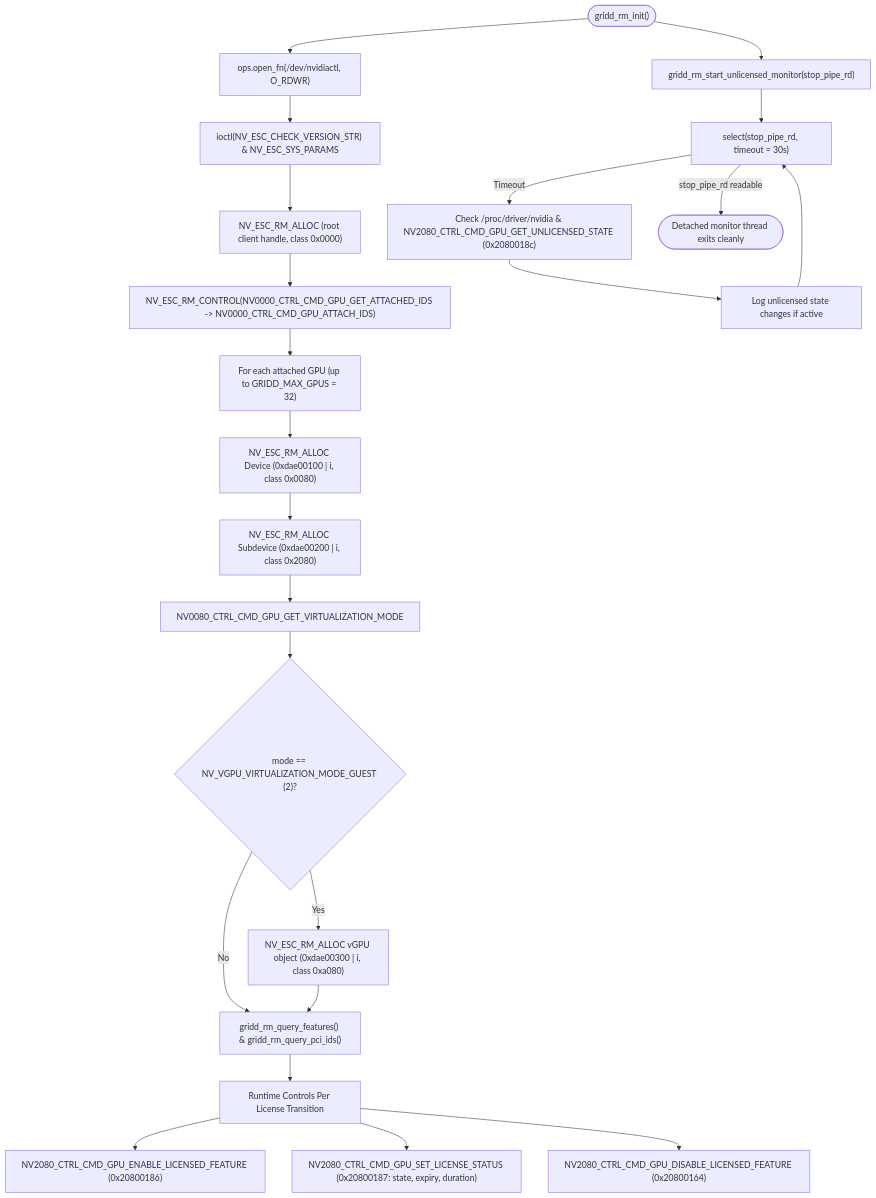
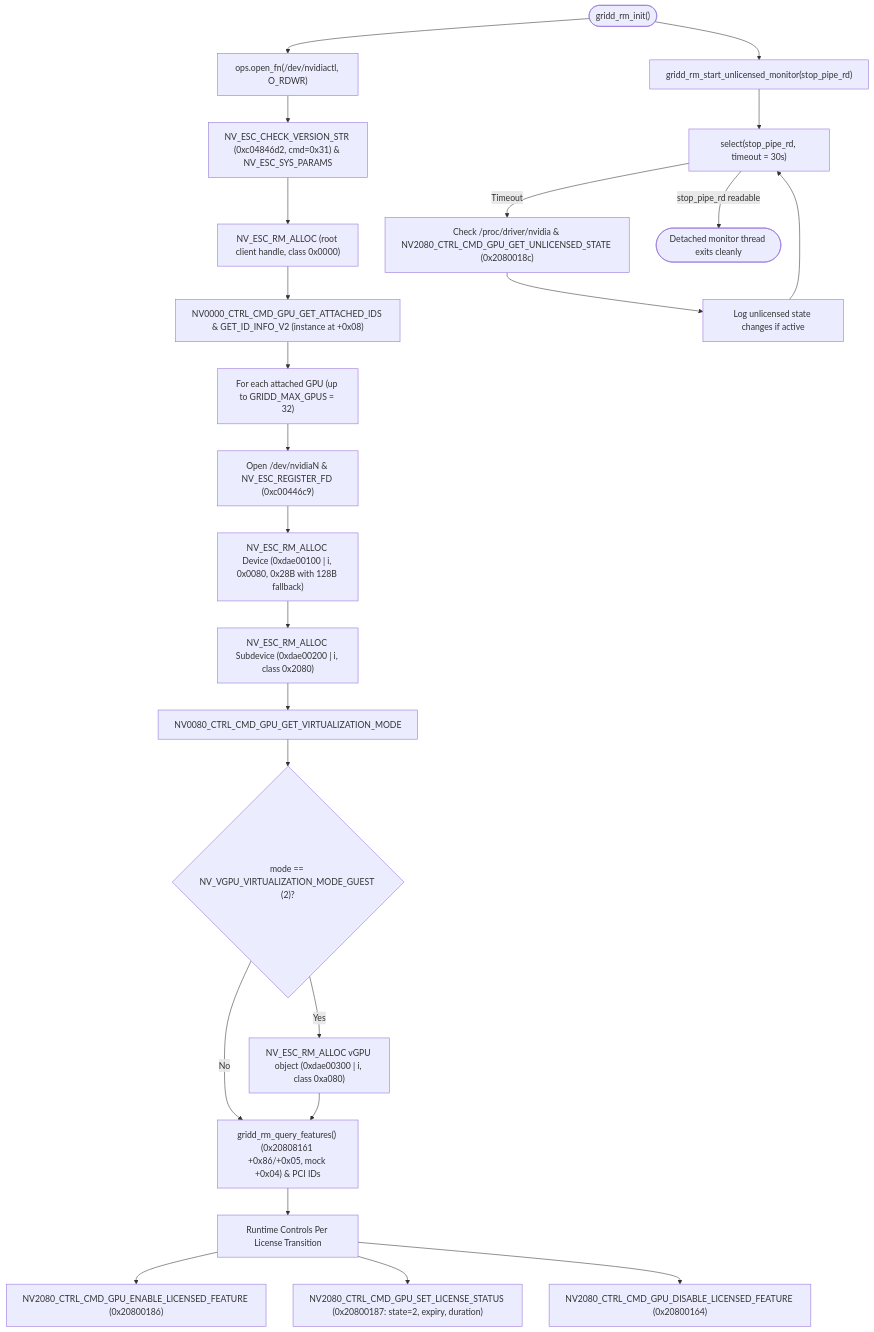
The fourth of 7 diagrams in open-gridd/docs/FLOWCHARTS.md (SanjayRavindran/open-vgpu-tesla-p4), drawn with Mermaid before and after one commit. The commit also changed other lines of this file and 8 other files, not shown here.

Commit message:
docs(vgpu): update flowcharts, docs, and open-gridd test cleanup

````diff
--- a/open-gridd/docs/FLOWCHARTS.md
+++ b/open-gridd/docs/FLOWCHARTS.md
@@ -132,28 +134,29 @@
 ```mermaid
 flowchart TD
     Init(["gridd_rm_init()"]) --> OpenCtl["ops.open_fn(/dev/nvidiactl, O_RDWR)"]
-    OpenCtl --> CheckVer["ioctl(NV_ESC_CHECK_VERSION_STR) & NV_ESC_SYS_PARAMS"]
+    OpenCtl --> CheckVer["NV_ESC_CHECK_VERSION_STR (0xc04846d2, cmd=0x31) & NV_ESC_SYS_PARAMS"]
     CheckVer --> AllocRoot["NV_ESC_RM_ALLOC (root client handle, class 0x0000)"]
-    AllocRoot --> GetIDs["NV_ESC_RM_CONTROL(NV0000_CTRL_CMD_GPU_GET_ATTACHED_IDS -> NV0000_CTRL_CMD_GPU_ATTACH_IDS)"]
+    AllocRoot --> GetIDs["NV0000_CTRL_CMD_GPU_GET_ATTACHED_IDS & GET_ID_INFO_V2 (instance at +0x08)"]
     GetIDs --> LoopGPUs["For each attached GPU (up to GRIDD_MAX_GPUS = 32)"]
 
-    LoopGPUs --> AllocDev["NV_ESC_RM_ALLOC Device (0xdae00100 | i, class 0x0080)"]
+    LoopGPUs --> RegDev["Open /dev/nvidiaN & NV_ESC_REGISTER_FD (0xc00446c9)"]
+    RegDev --> AllocDev["NV_ESC_RM_ALLOC Device (0xdae00100 | i, 0x0080, 0x28B with 128B fallback)"]
     AllocDev --> AllocSub["NV_ESC_RM_ALLOC Subdevice (0xdae00200 | i, class 0x2080)"]
     AllocSub --> CheckVirt["NV0080_CTRL_CMD_GPU_GET_VIRTUALIZATION_MODE"]
     CheckVirt --> IsGuest{"mode == NV_VGPU_VIRTUALIZATION_MODE_GUEST (2)?"}
     IsGuest -- "Yes" --> AllocVGPU["NV_ESC_RM_ALLOC vGPU object (0xdae00300 | i, class 0xa080)"]
-    IsGuest -- "No" --> QueryFeat["gridd_rm_query_features() & gridd_rm_query_pci_ids()"]
+    IsGuest -- "No" --> QueryFeat["gridd_rm_query_features() (0x20808161 +0x86/+0x05, mock +0x04) & PCI IDs"]
     AllocVGPU --> QueryFeat
 
     QueryFeat --> RuntimeOps["Runtime Controls Per License Transition"]
     RuntimeOps --> EnableF["NV2080_CTRL_CMD_GPU_ENABLE_LICENSED_FEATURE (0x20800186)"]
-    RuntimeOps --> SetStatus["NV2080_CTRL_CMD_GPU_SET_LICENSE_STATUS (0x20800187: state, expiry, duration)"]
+    RuntimeOps --> SetStatus["NV2080_CTRL_CMD_GPU_SET_LICENSE_STATUS (0x20800187: state=2, expiry, duration)"]
     RuntimeOps --> DisableF["NV2080_CTRL_CMD_GPU_DISABLE_LICENSED_FEATURE (0x20800164)"]
 
     Init --> SpawnMon["gridd_rm_start_unlicensed_monitor(stop_pipe_rd)"]
     SpawnMon --> MonLoop["select(stop_pipe_rd, timeout = 30s)"]
     MonLoop -- "Timeout" --> ReadProc["Check /proc/driver/nvidia & NV2080_CTRL_CMD_GPU_GET_UNLICENSED_STATE (0x2080018c)"]
     ReadProc --> LogState["Log unlicensed state changes if active"]
     LogState --> MonLoop
     MonLoop -- "stop_pipe_rd readable" --> ExitMon(["Detached monitor thread exits cleanly"])
 ```
````
